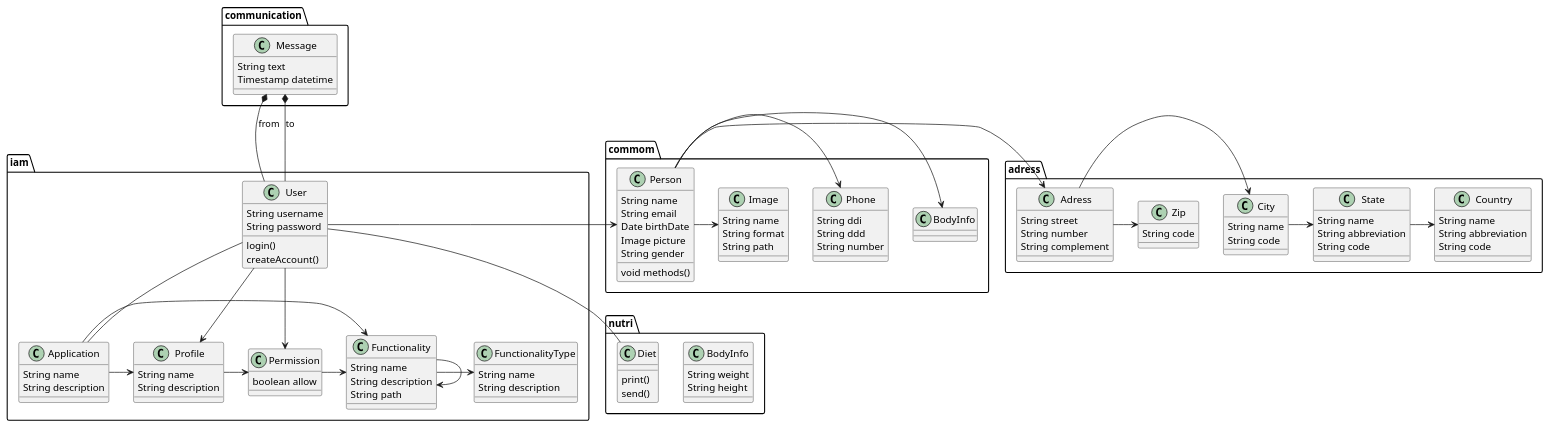
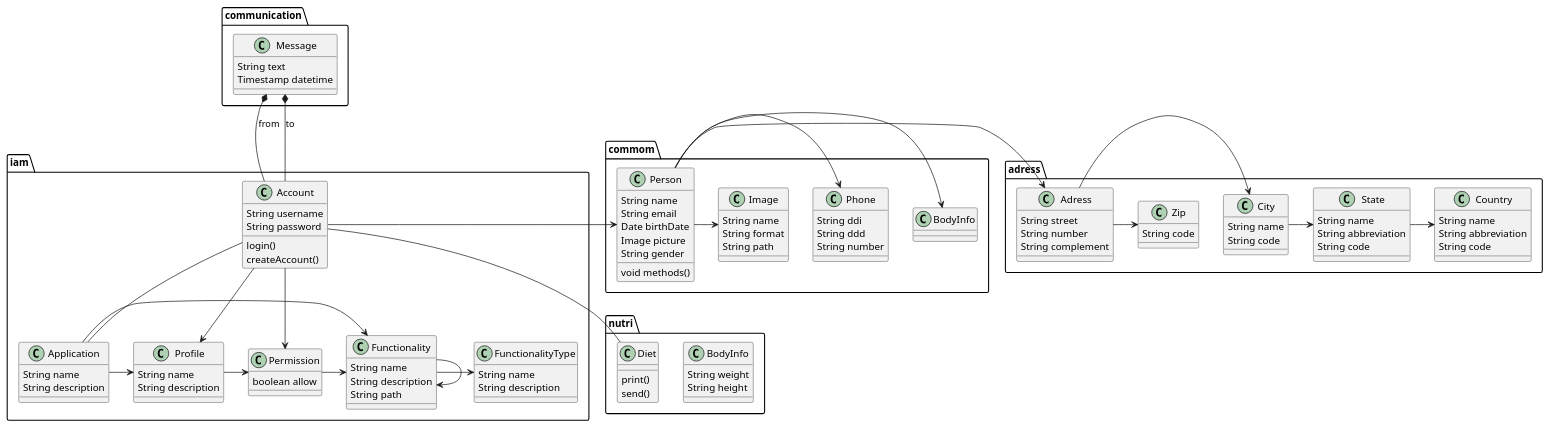
The diagram in documentation/Class.puml (zehgreven/nutri-be-ddd-ca), drawn with PlantUML before and after one commit. The commit also changed 1 other file, not shown here.

```diff
--- a/documentation/Class.puml
+++ b/documentation/Class.puml
@@ -1,132 +1,132 @@
 @startuml
 
 package iam {
-  class User {
+  class Account {
     String username
     String password
     login()
     createAccount()
   }
-  User -> Profile
-  User -- Application
-  User -> Permission
+  Account -> Profile
+  Account -- Application
+  Account -> Permission
 
   class Profile {
     String name
     String description
   }
   Profile -> Permission
 
   class Permission {
     boolean allow
   }
   Permission -> Functionality
 
   class Application {
     String name
     String description
   }
   Application -> Profile
   Application -> Functionality
 
   class Functionality {
     String name
     String description
     String path
   }
   Functionality -> Functionality
   Functionality -> FunctionalityType
 
   class FunctionalityType {
     String name
     String description
   }
 
 }
 
 package commom {
   class Person {
     String name
     String email
     Date birthDate
     Image picture
     String gender
     void methods()
   }
   Person -> BodyInfo
   Person -> Phone
   Person -> Image
-  User -> Person
+  Account -> Person
 
   class Phone {
     String ddi
     String ddd
     String number
   }
 
   class Image {
     String name
     String format
     String path
   }
 }
 
 package adress {
   class Adress {
     String street
     String number
     String complement
   }
   Adress -> City
   Adress -> Zip
   Person -> Adress
 
   class Zip {
     String code
   }
 
   class City {
     String name
     String code
   }
   City -> State
 
   class State {
     String name
     String abbreviation
     String code
   }
   State -> Country
 
   class Country {
     String name
     String abbreviation
     String code
   }
 }
 
 package communication {
   class Message {
     String text
     Timestamp datetime
   }
-  Message *-- User : from
-  Message *-- User : to
+  Message *-- Account : from
+  Message *-- Account : to
 }
 
 package nutri {
   class BodyInfo {
     String weight
     String height
   }
 
   class Diet {
     print()
     send()
   }
-  Diet -up- User
+  Diet -up- Account
 }
 
 
 
 @enduml
```
